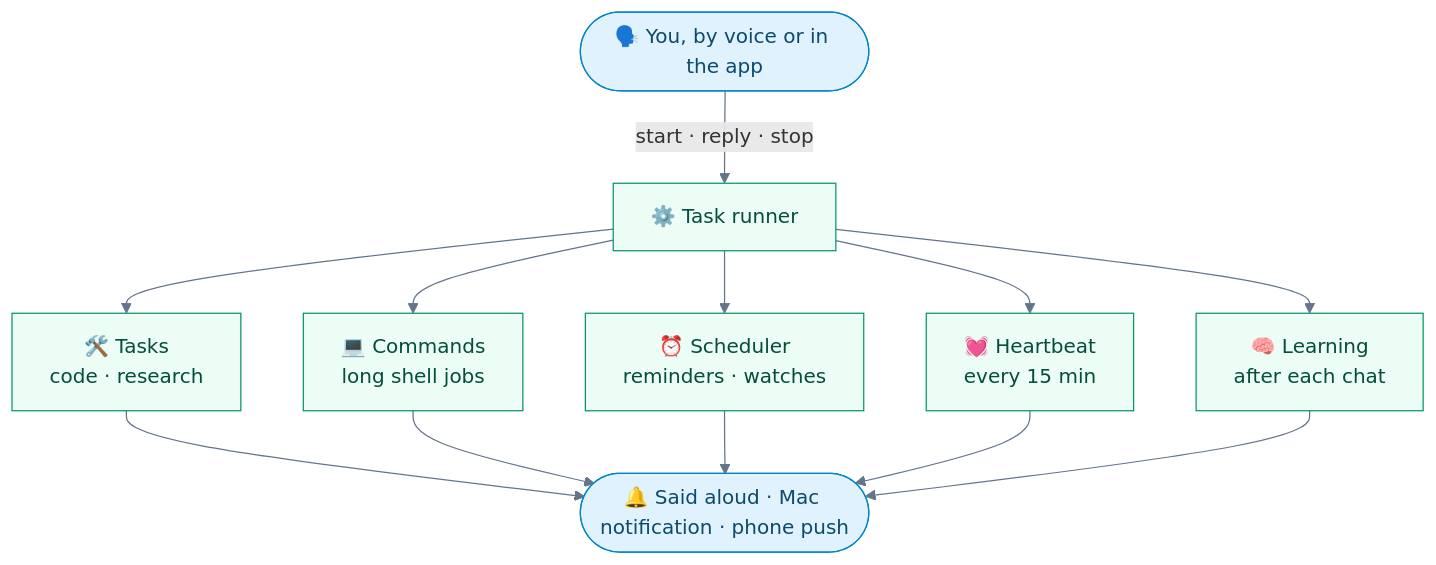
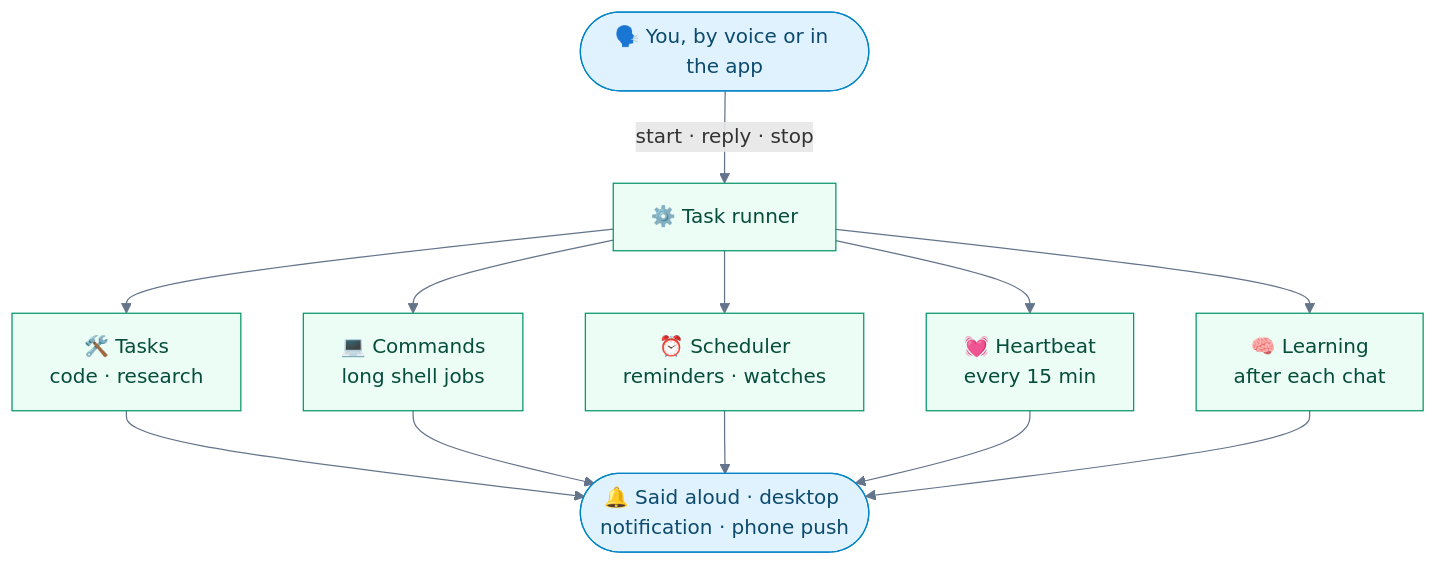
Before and after one commit to anilkumarmeena/alfred: the first of 3 diagrams in docs/tasks.md, drawn with Mermaid. The commit also changed other lines of this file and 128 other files, not shown here.

````diff
--- a/docs/tasks.md
+++ b/docs/tasks.md
@@ -17,16 +17,16 @@
 ```mermaid
 flowchart TB
     You(["🗣️ You, by voice or in the app"]) -->|start · reply · stop| Runner["⚙️ Task runner"]
     Runner --> T["🛠️ Tasks<br/>code · research"]
     Runner --> C["💻 Commands<br/>long shell jobs"]
     Runner --> S["⏰ Scheduler<br/>reminders · watches"]
     Runner --> H["💓 Heartbeat<br/>every 15 min"]
     Runner --> L["🧠 Learning<br/>after each chat"]
-    T & C & S & H & L --> Tell(["🔔 Said aloud · Mac notification · phone push"])
+    T & C & S & H & L --> Tell(["🔔 Said aloud · desktop notification · phone push"])
 
     classDef you fill:#e0f2fe,stroke:#0284c7,color:#0c4a6e
     classDef mac fill:#ecfdf5,stroke:#059669,color:#064e3b
     class You,Tell you
     class Runner,T,C,S,H,L mac
     linkStyle default stroke:#64748b
 ```
````
